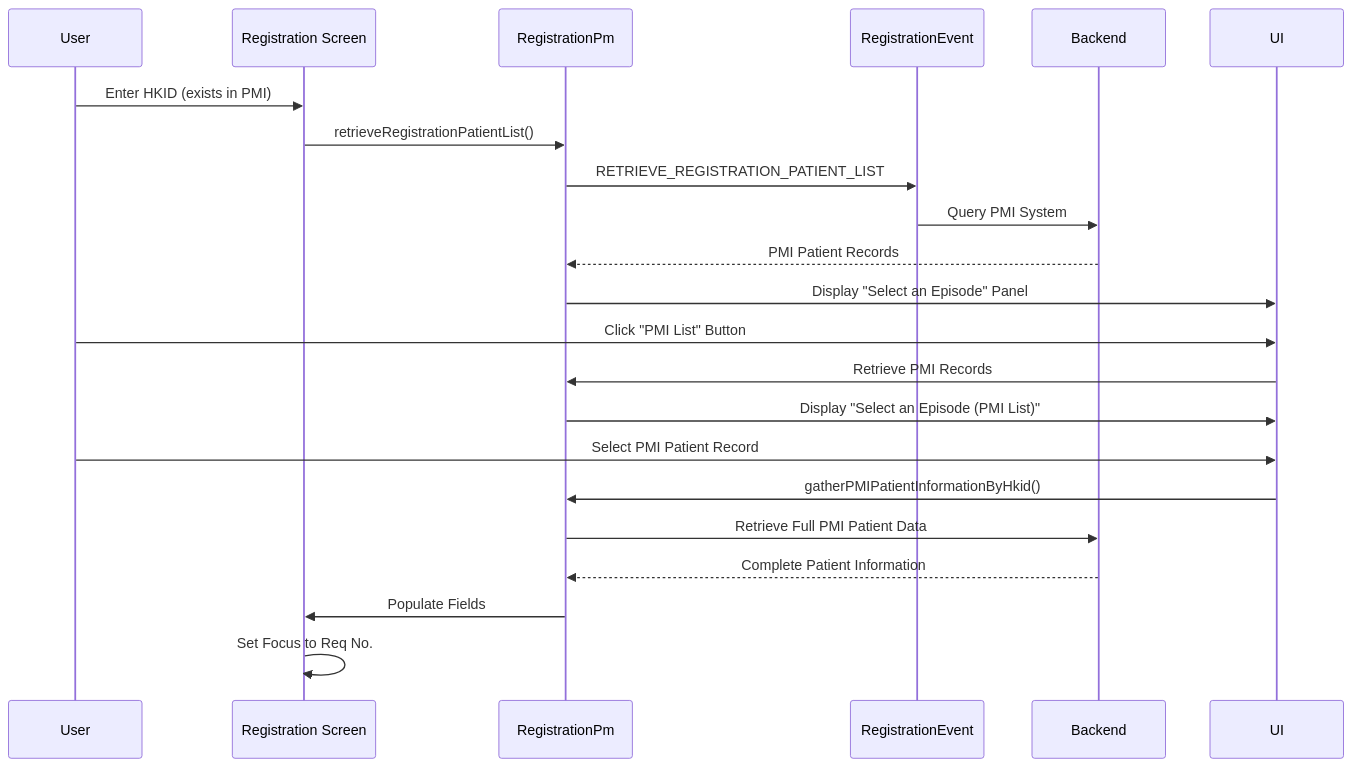
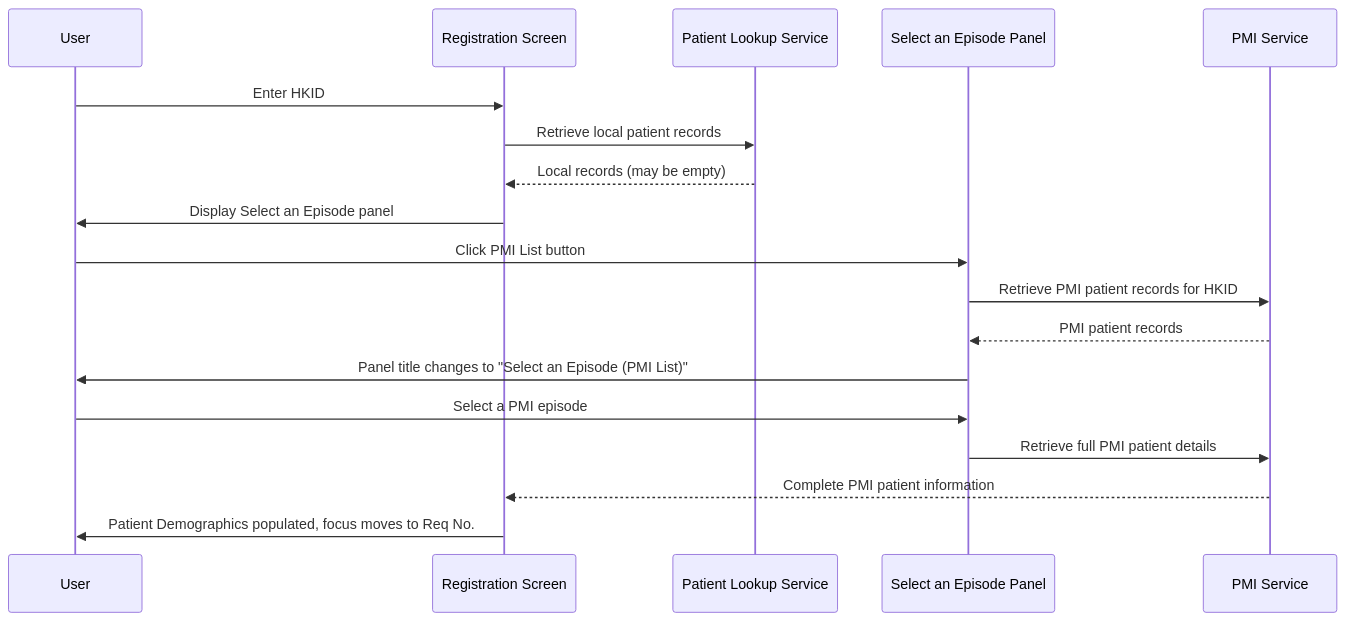
One commit to DragonChong/HA-Notes changed the second of 4 diagrams in Knowledge Base/01_Screens/Registration/Workflows/Retrieve Patient by HKID.md. Above: the diagram before and after it, drawn with Mermaid. The commit also changed other lines of this file, not shown here.

````diff
--- a/Knowledge Base/01_Screens/Registration/Workflows/Retrieve Patient by HKID.md
+++ b/Knowledge Base/01_Screens/Registration/Workflows/Retrieve Patient by HKID.md
@@ -179,18 +151,15 @@
 ```mermaid
 sequenceDiagram
-    User->>Registration Screen: Enter HKID (exists in PMI)
-    Registration Screen->>RegistrationPm: retrieveRegistrationPatientList()
-    RegistrationPm->>RegistrationEvent: RETRIEVE_REGISTRATION_PATIENT_LIST
-    RegistrationEvent->>Backend: Query PMI System
-    Backend-->>RegistrationPm: PMI Patient Records
-    RegistrationPm->>UI: Display "Select an Episode" Panel
-    User->>UI: Click "PMI List" Button
-    UI->>RegistrationPm: Retrieve PMI Records
-    RegistrationPm->>UI: Display "Select an Episode (PMI List)"
-    User->>UI: Select PMI Patient Record
-    UI->>RegistrationPm: gatherPMIPatientInformationByHkid()
-    RegistrationPm->>Backend: Retrieve Full PMI Patient Data
-    Backend-->>RegistrationPm: Complete Patient Information
-    RegistrationPm->>Registration Screen: Populate Fields
-    Registration Screen->>Registration Screen: Set Focus to Req No.
+    User->>Registration Screen: Enter HKID
+    Registration Screen->>Patient Lookup Service: Retrieve local patient records
+    Patient Lookup Service-->>Registration Screen: Local records (may be empty)
+    Registration Screen->>User: Display Select an Episode panel
+    User->>Select an Episode Panel: Click PMI List button
+    Select an Episode Panel->>PMI Service: Retrieve PMI patient records for HKID
+    PMI Service-->>Select an Episode Panel: PMI patient records
+    Select an Episode Panel->>User: Panel title changes to "Select an Episode (PMI List)"
+    User->>Select an Episode Panel: Select a PMI episode
+    Select an Episode Panel->>PMI Service: Retrieve full PMI patient details
+    PMI Service-->>Registration Screen: Complete PMI patient information
+    Registration Screen->>User: Patient Demographics populated, focus moves to Req No.
 ```
````
